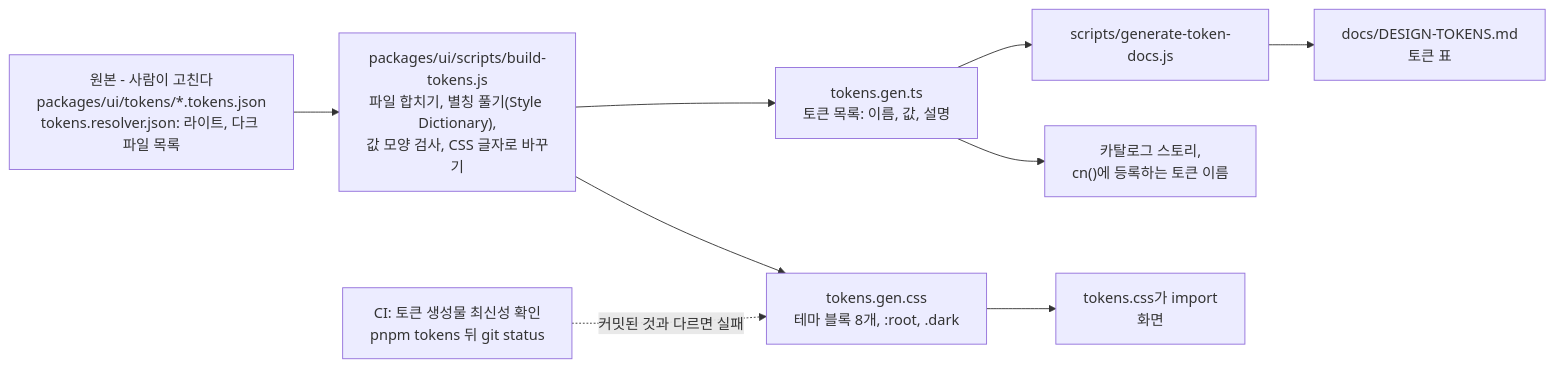
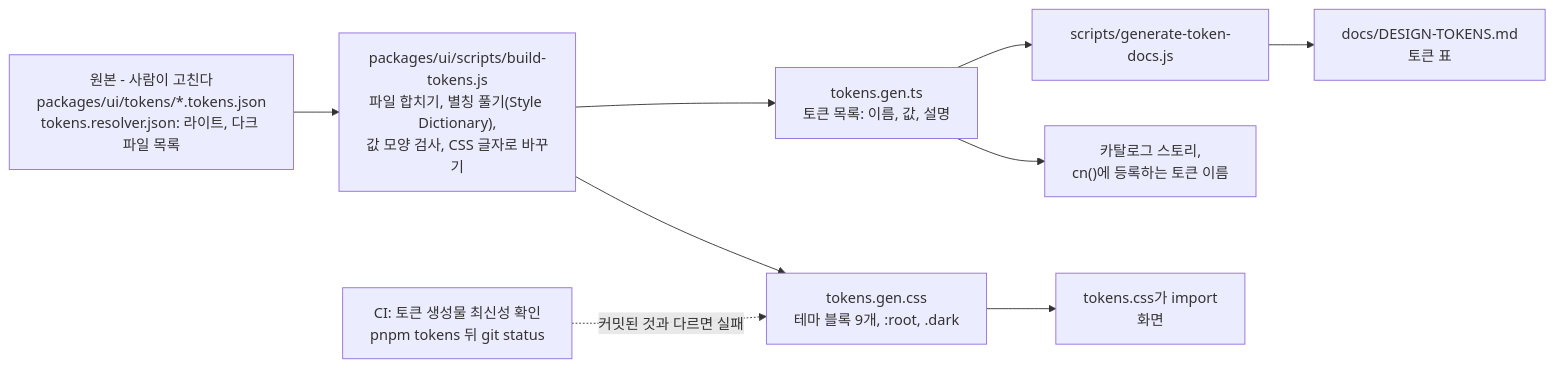
The third of 3 diagrams in docs/DESIGN-SYSTEM.md (BAECHAN/link-sphere_FE_NEW), drawn with Mermaid before and after one commit. The commit also changed other lines of this file and 21 other files, not shown here.

````diff
--- a/docs/DESIGN-SYSTEM.md
+++ b/docs/DESIGN-SYSTEM.md
@@ -191,16 +192,16 @@
 ```mermaid
 flowchart LR
     S["원본 - 사람이 고친다<br/>packages/ui/tokens/*.tokens.json<br/>tokens.resolver.json: 라이트, 다크 파일 목록"]
     B["packages/ui/scripts/build-tokens.js<br/>파일 합치기, 별칭 풀기(Style Dictionary),<br/>값 모양 검사, CSS 글자로 바꾸기"]
-    C["tokens.gen.css<br/>테마 블록 8개, :root, .dark"]
+    C["tokens.gen.css<br/>테마 블록 9개, :root, .dark"]
     T["tokens.gen.ts<br/>토큰 목록: 이름, 값, 설명"]
     G["scripts/generate-token-docs.js"]
     D["docs/DESIGN-TOKENS.md<br/>토큰 표"]
     S --> B
     B --> C
     B --> T
     C --> E["tokens.css가 import<br/>화면"]
     T --> K["카탈로그 스토리,<br/>cn()에 등록하는 토큰 이름"]
     T --> G --> D
     CI["CI: 토큰 생성물 최신성 확인<br/>pnpm tokens 뒤 git status"] -. "커밋된 것과 다르면 실패" .-> C
 ```
````
